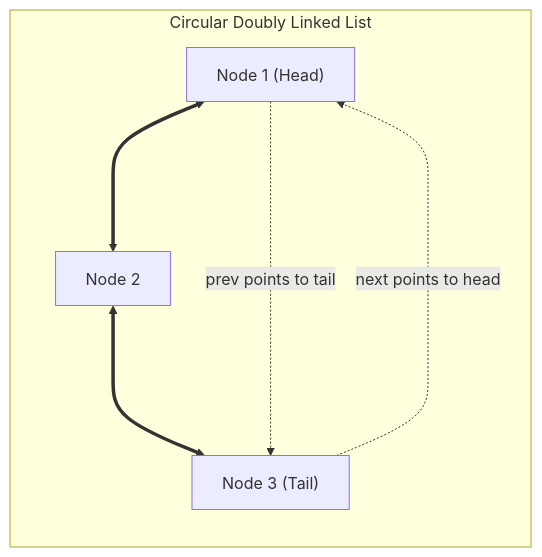
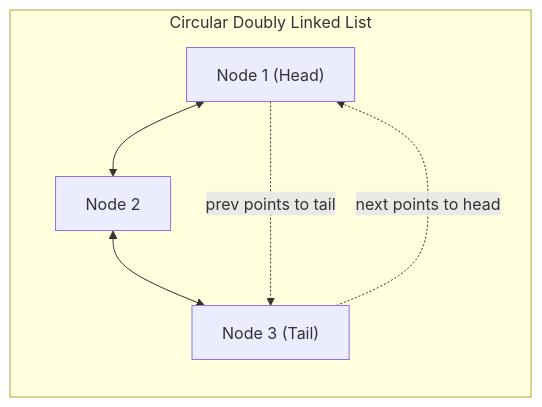
Before and after one commit to YatishGowda09/Sem-3-CSE-Notes: the fifth of 5 diagrams in DSA/Unit 2/L02 - Doubly Linked Lists.md, drawn with Mermaid. The commit also changed other lines of this file and 70 other files, not shown here.

First line of the commit message:
Fix Mermaid diagram syntax for GitHub rendering compatibility

````diff
--- a/DSA/Unit 2/L02 - Doubly Linked Lists.md
+++ b/DSA/Unit 2/L02 - Doubly Linked Lists.md
@@ -462,9 +462,9 @@
 ```mermaid
 flowchart LR
     subgraph CDLL["Circular Doubly Linked List"]
-        N1["Node 1 (Head)"] <===> N2["Node 2"]
-        N2 <===> N3["Node 3 (Tail)"]
+        N1["Node 1 (Head)"] <--> N2["Node 2"]
+        N2 <--> N3["Node 3 (Tail)"]
         N3 -.->|"next points to head"| N1
         N1 -.->|"prev points to tail"| N3
     end
 ```
````
